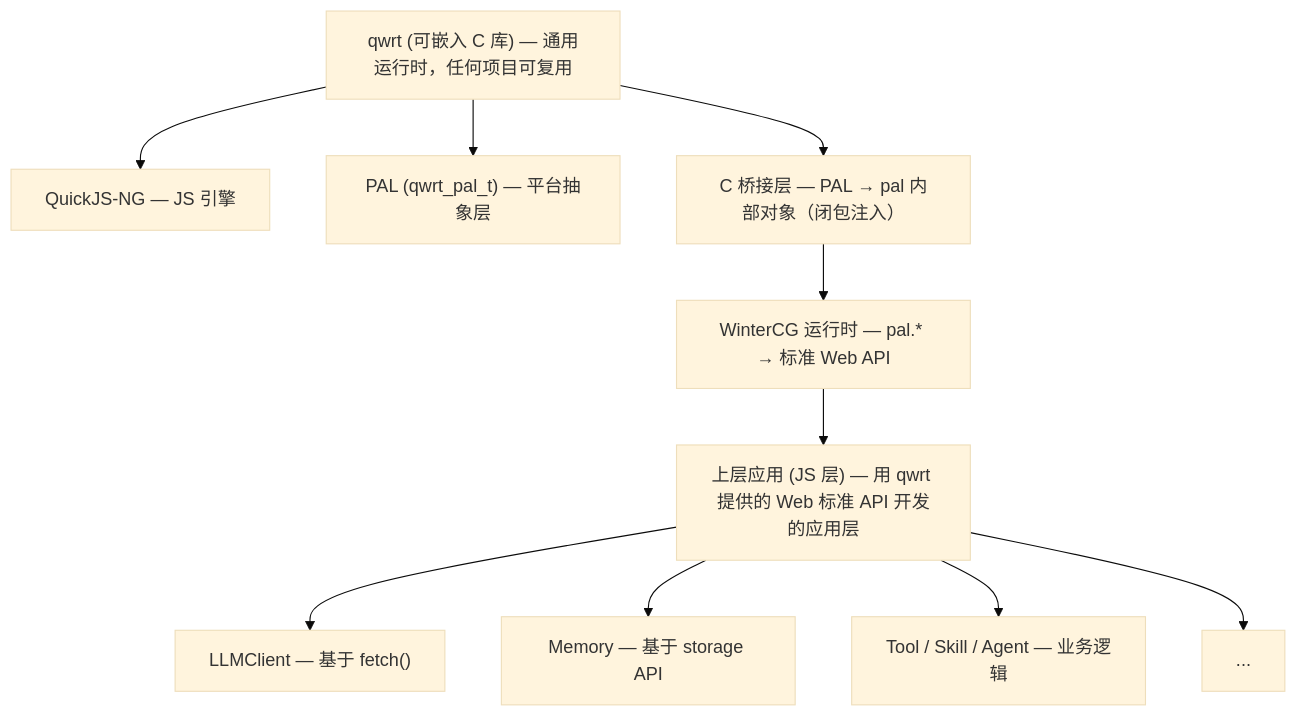
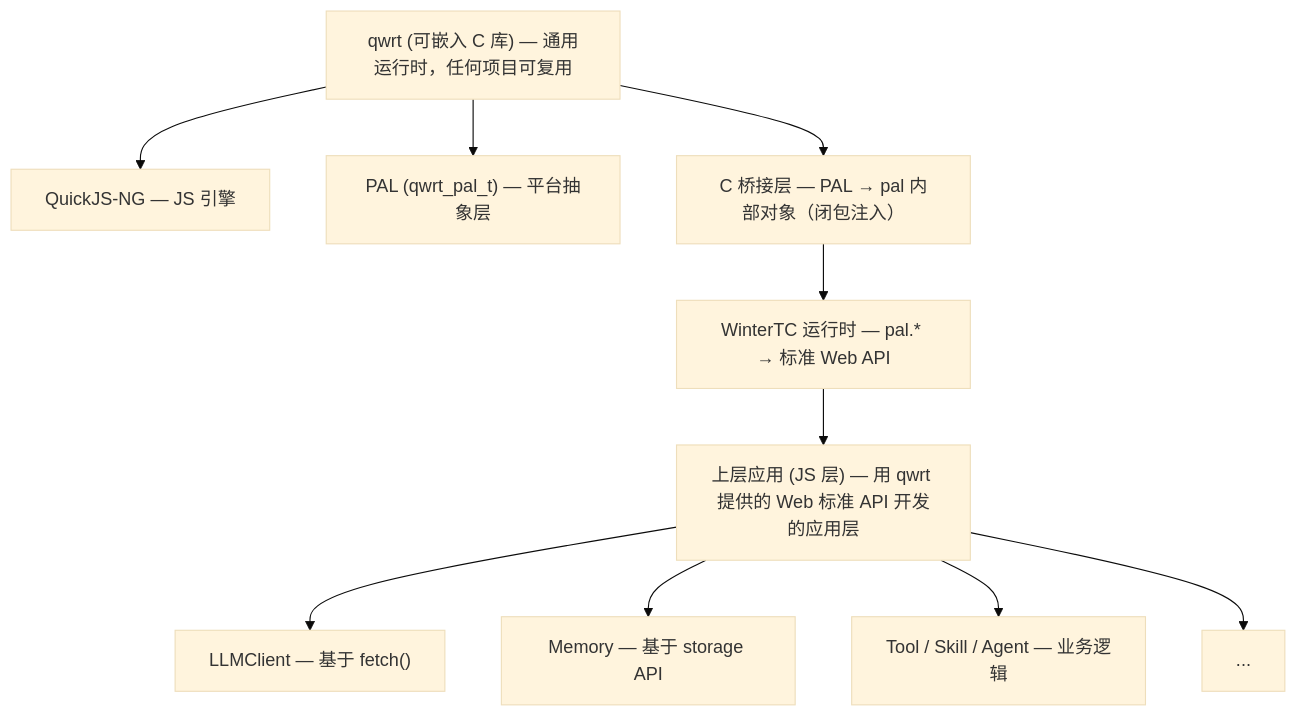
The second of 2 diagrams in docs/pal-design.md (adam-ikari/qwrt), drawn with Mermaid (base theme) before and after one commit. The commit also changed other lines of this file and 67 other files, not shown here.

````diff
--- a/docs/pal-design.md
+++ b/docs/pal-design.md
@@ -44,13 +44,13 @@
 ```mermaid
 flowchart TB
     A["qwrt (可嵌入 C 库) — 通用运行时，任何项目可复用"]
     A --> B["QuickJS-NG — JS 引擎"]
     A --> C["PAL (qwrt_pal_t) — 平台抽象层"]
     A --> D["C 桥接层 — PAL → pal 内部对象（闭包注入）"]
-    D --> E["WinterCG 运行时 — pal.* → 标准 Web API"]
+    D --> E["WinterTC 运行时 — pal.* → 标准 Web API"]
     E --> F["上层应用 (JS 层) — 用 qwrt 提供的 Web 标准 API 开发的应用层"]
     F --> G["LLMClient — 基于 fetch()"]
     F --> H["Memory — 基于 storage API"]
     F --> I["Tool / Skill / Agent — 业务逻辑"]
     F --> J["..."]
 ```
````
